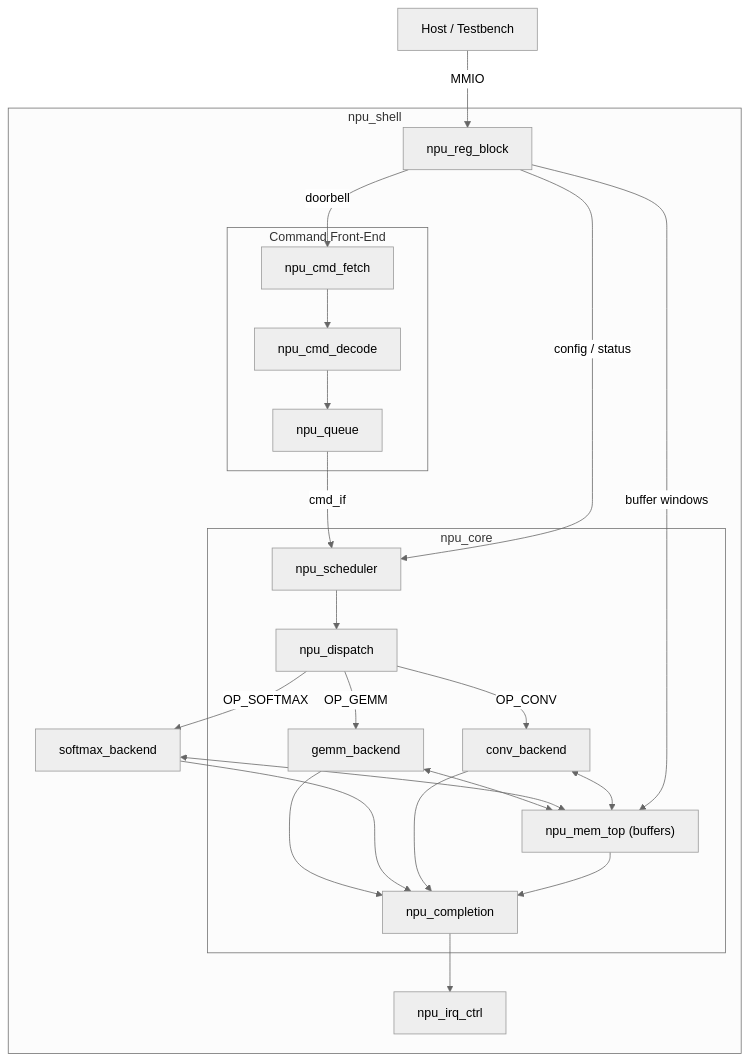
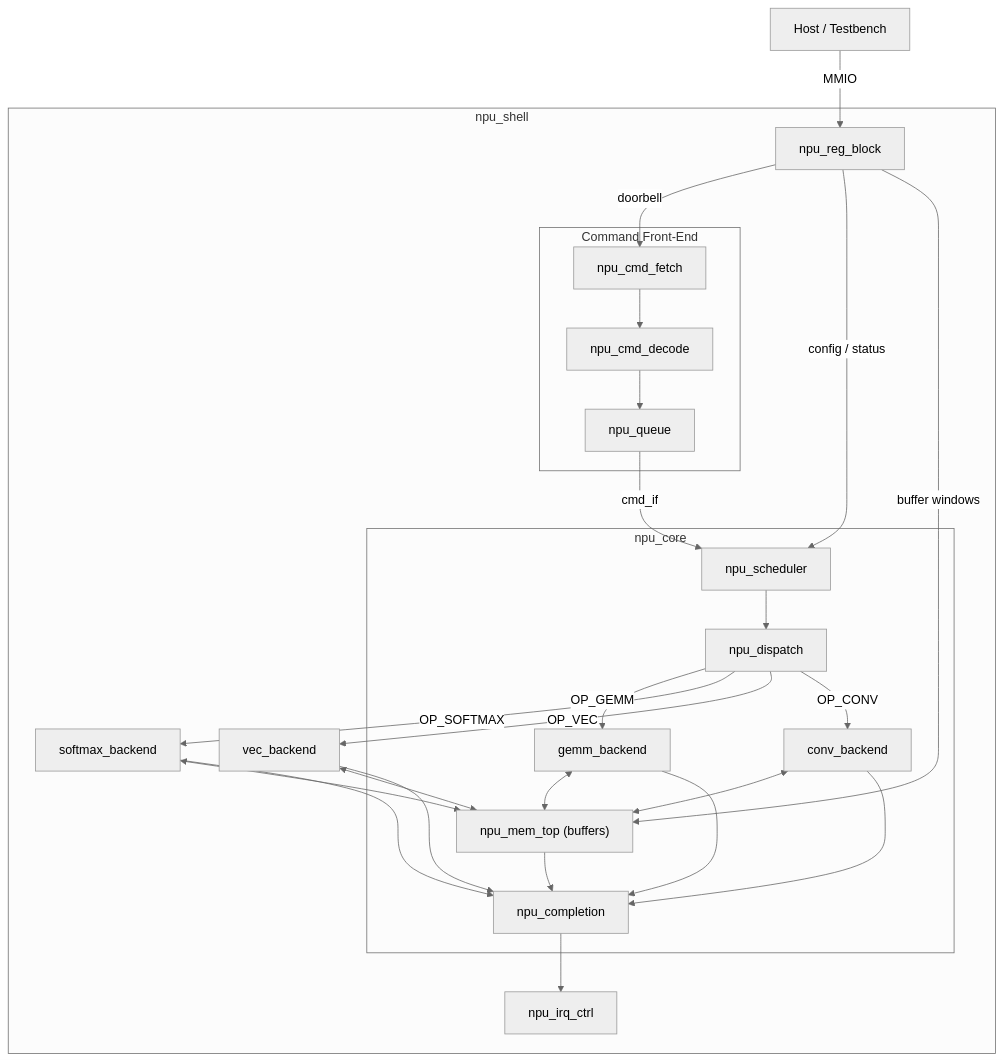
One commit to Arty3/lg-npu changed the diagram in docs/arch/overview.md. Above: the diagram before and after it, drawn with Mermaid (neutral theme). The commit also changed other lines of this file and 11 other files, not shown here.

````diff
--- a/docs/arch/overview.md
+++ b/docs/arch/overview.md
@@ -27,44 +27,47 @@
 ```mermaid
 graph TD
     Host["Host / Testbench"]
 
     Host -- MMIO --> rb
 
     subgraph shell [npu_shell]
         rb["npu_reg_block"]
 
         subgraph cmd_fe [Command Front-End]
             cf["npu_cmd_fetch"] --> cd["npu_cmd_decode"] --> q["npu_queue"]
         end
 
         rb -- doorbell --> cf
 
         subgraph core [npu_core]
             sched["npu_scheduler"]
             dispatch["npu_dispatch"]
             mem_top["npu_mem_top (buffers)"]
             gemm["gemm_backend"]
             conv["conv_backend"]
             completion["npu_completion"]
         end
 
         q -- cmd_if --> sched
         rb -- "config / status" --> sched
         sched --> dispatch
         dispatch -- "OP_GEMM" --> gemm
         dispatch -- "OP_SOFTMAX" --> smax["softmax_backend"]
+        dispatch -- "OP_VEC" --> vec["vec_backend"]
         dispatch -- "OP_CONV" --> conv
         gemm <--> mem_top
         smax <--> mem_top
+        vec <--> mem_top
         conv <--> mem_top
         gemm --> completion
         smax --> completion
+        vec --> completion
         conv --> completion
         mem_top --> completion
 
         irq["npu_irq_ctrl"]
         completion --> irq
     end
 
     rb -- "buffer windows" --> mem_top
 ```
````
